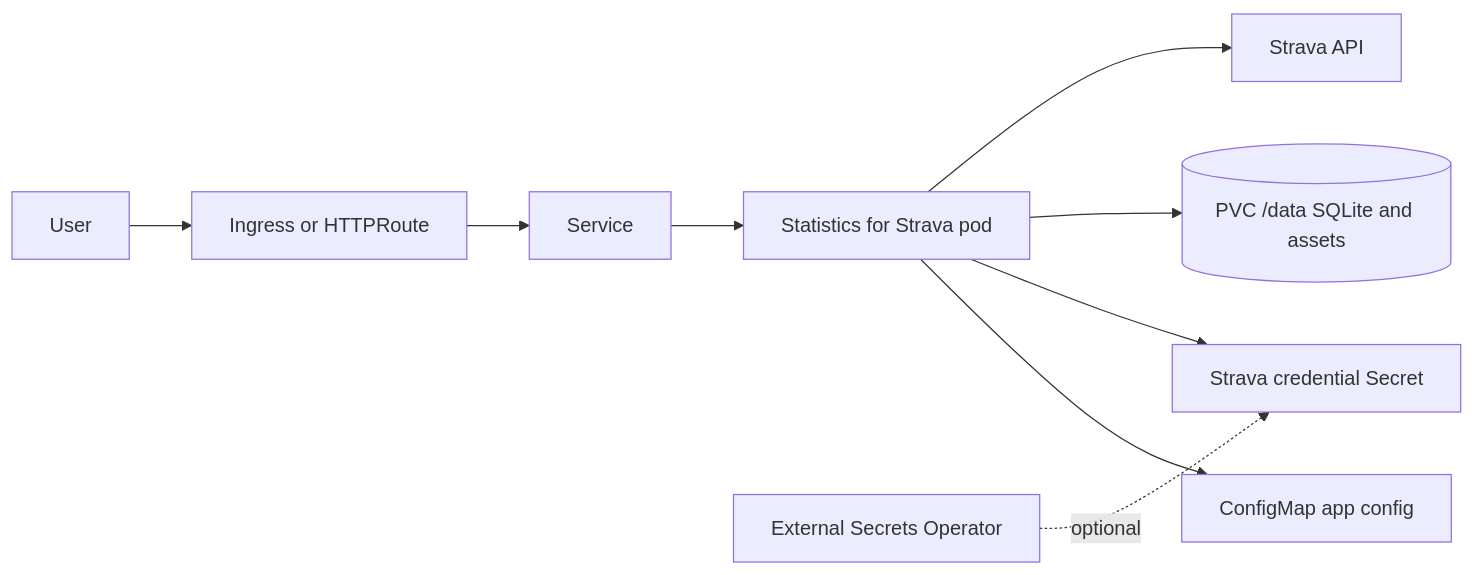
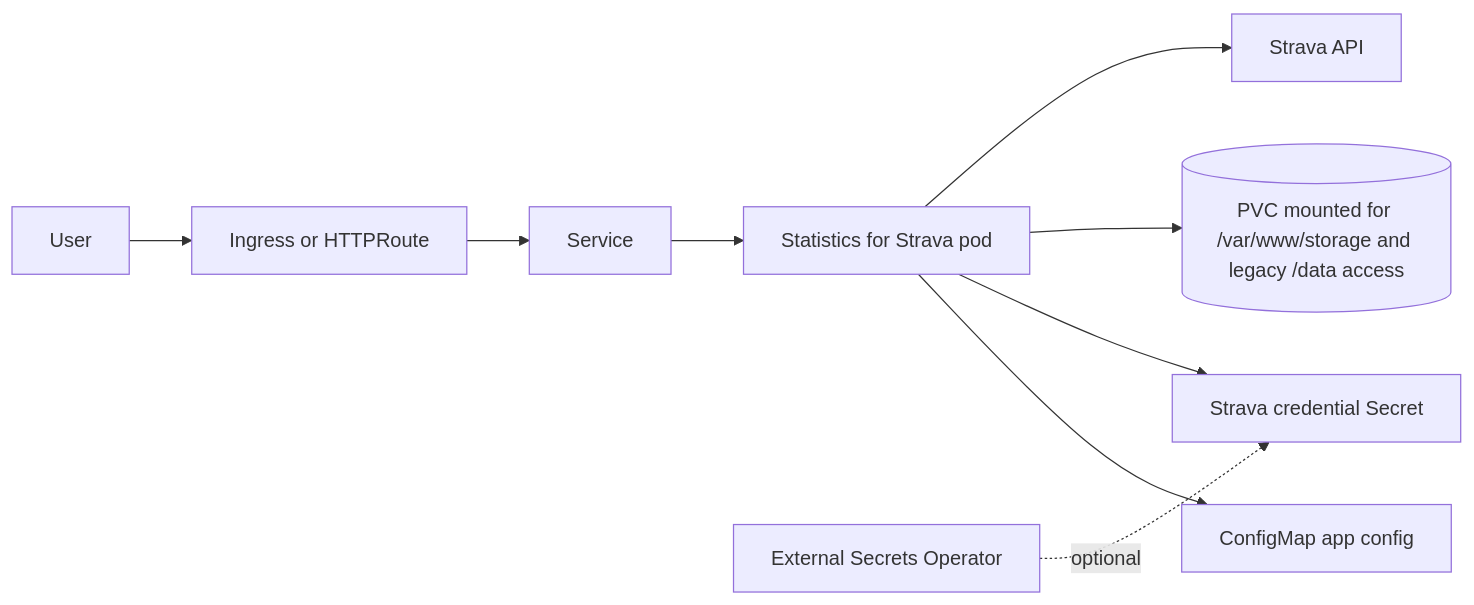
Before and after one commit to helmforgedev/charts: the diagram in charts/strava-statistics/DESIGN.md, drawn with Mermaid. The commit also changed other lines of this file and 7 other files, not shown here.

````diff
--- a/charts/strava-statistics/DESIGN.md
+++ b/charts/strava-statistics/DESIGN.md
@@ -16,11 +16,11 @@
 ```mermaid
 flowchart LR
   user[User] --> ingress[Ingress or HTTPRoute]
   ingress --> svc[Service]
   svc --> pod[Statistics for Strava pod]
   pod --> cfg[ConfigMap app config]
   pod --> secret[Strava credential Secret]
-  pod --> pvc[(PVC /data SQLite and assets)]
+  pod --> pvc[(PVC mounted for /var/www/storage and legacy /data access)]
   eso[External Secrets Operator] -. optional .-> secret
   pod --> strava[Strava API]
 ```
````
